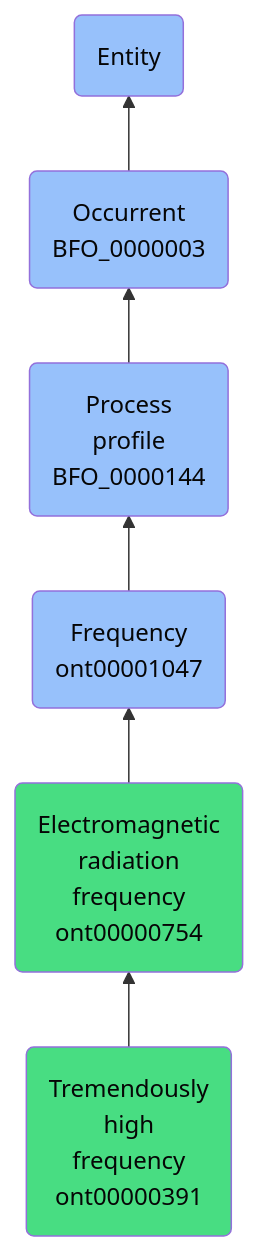
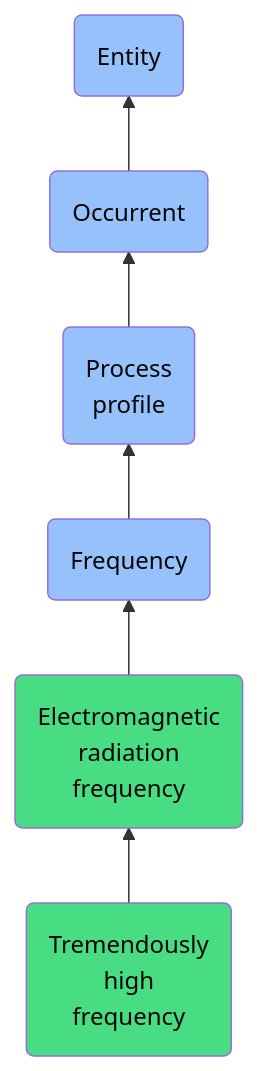
One commit to jupyter-naas/abi changed the diagram in docs/ontology/reference/model/Entity/Occurrent/Process profile/Frequency/Electromagnetic radiation frequency/Tremendously high frequency/Tremendously high frequency.md. Above: the diagram before and after it, drawn with Mermaid. The commit also changed other lines of this file and 1430 other files, not shown here.

````diff
--- a/docs/ontology/reference/model/Entity/Occurrent/Process profile/Frequency/Electromagnetic radiation frequency/Tremendously high frequency/Tremendously high frequency.md
+++ b/docs/ontology/reference/model/Entity/Occurrent/Process profile/Frequency/Electromagnetic radiation frequency/Tremendously high frequency/Tremendously high frequency.md
@@ -26,13 +26,13 @@
 ```mermaid
 graph BT
-    ont00000391(Tremendously<br>high<br>frequency<br>ont00000391):::ABI-->ont00000754
-    ont00000754(Electromagnetic<br>radiation<br>frequency<br>ont00000754):::ABI-->ont00001047
-    ont00001047(Frequency<br>ont00001047):::BFO-->BFO_0000144
-    BFO_0000144(Process<br>profile<br>BFO_0000144):::BFO-->BFO_0000003
-    BFO_0000003(Occurrent<br>BFO_0000003):::BFO-->BFO_0000001
+    ont00000391(Tremendously<br>high<br>frequency):::ABI-->ont00000754
+    ont00000754(Electromagnetic<br>radiation<br>frequency):::ABI-->ont00001047
+    ont00001047(Frequency):::BFO-->BFO_0000144
+    BFO_0000144(Process<br>profile):::BFO-->BFO_0000003
+    BFO_0000003(Occurrent):::BFO-->BFO_0000001
     BFO_0000001(Entity):::BFO
     
     classDef BFO fill:#97c1fb,color:#060606
     classDef CCO fill:#e4c51e,color:#060606
     classDef ABI fill:#48DD82,color:#060606
 ```
````
